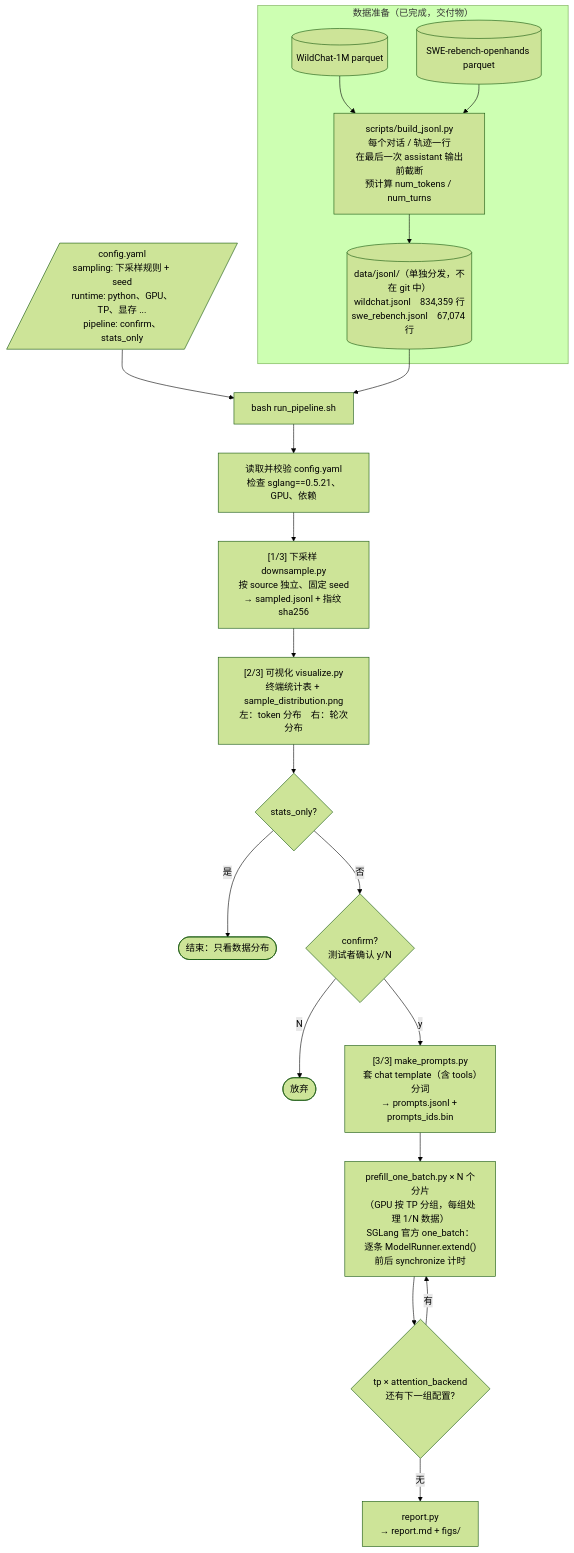
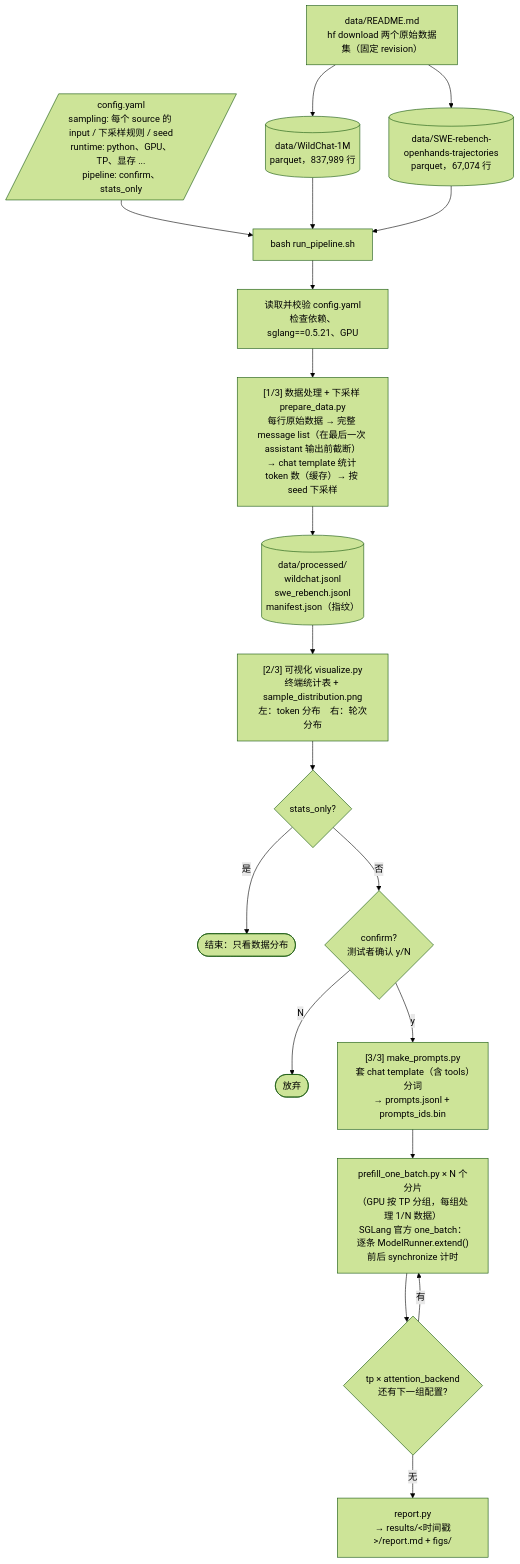
One commit to RebeccaZhang22/PrefillBench changed the diagram in README.md. Above: the diagram before and after it, drawn with Mermaid (forest theme). The commit also changed other lines of this file and 12 other files, not shown here.

First line of the commit message:
Build the benchmark set from raw data instead of shipped jsonl

````diff
--- a/README.md
+++ b/README.md
@@ -24,24 +26,23 @@
 ```mermaid
 flowchart TD
-    subgraph PREP["数据准备（已完成，交付物）"]
-        A1[("WildChat-1M parquet")] --> B["scripts/build_jsonl.py<br/>每个对话 / 轨迹一行<br/>在最后一次 assistant 输出前截断<br/>预计算 num_tokens / num_turns"]
-        A2[("SWE-rebench-openhands parquet")] --> B
-        B --> C[("data/jsonl/（单独分发，不在 git 中）<br/>wildchat.jsonl　834,359 行<br/>swe_rebench.jsonl　67,074 行")]
-    end
+    D0["data/README.md<br/>hf download 两个原始数据集（固定 revision）"] --> A1[("data/WildChat-1M<br/>parquet，837,989 行")]
+    D0 --> A2[("data/SWE-rebench-openhands-trajectories<br/>parquet，67,074 行")]
 
-    Y[/"config.yaml<br/>sampling: 下采样规则 + seed<br/>runtime: python、GPU、TP、显存 ...<br/>pipeline: confirm、stats_only"/] --> R
-    C --> R["bash run_pipeline.sh"]
+    Y[/"config.yaml<br/>sampling: 每个 source 的 input / 下采样规则 / seed<br/>runtime: python、GPU、TP、显存 ...<br/>pipeline: confirm、stats_only"/] --> R
+    A1 --> R["bash run_pipeline.sh"]
+    A2 --> R
 
-    R --> S0["读取并校验 config.yaml<br/>检查 sglang==0.5.21、GPU、依赖"]
-    S0 --> S1["[1/3] 下采样 downsample.py<br/>按 source 独立、固定 seed<br/>→ sampled.jsonl + 指纹 sha256"]
-    S1 --> S2["[2/3] 可视化 visualize.py<br/>终端统计表 + sample_distribution.png<br/>左：token 分布　右：轮次分布"]
+    R --> S0["读取并校验 config.yaml<br/>检查依赖、sglang==0.5.21、GPU"]
+    S0 --> S1["[1/3] 数据处理 + 下采样 prepare_data.py<br/>每行原始数据 → 完整 message list（在最后一次 assistant 输出前截断）<br/>→ chat template 统计 token 数（缓存）→ 按 seed 下采样"]
+    S1 --> O[("data/processed/<br/>wildchat.jsonl<br/>swe_rebench.jsonl<br/>manifest.json（指纹）")]
+    O --> S2["[2/3] 可视化 visualize.py<br/>终端统计表 + sample_distribution.png<br/>左：token 分布　右：轮次分布"]
     S2 --> Q{"stats_only?"}
     Q -- 是 --> END1(["结束：只看数据分布"])
     Q -- 否 --> K{"confirm?<br/>测试者确认 y/N"}
     K -- N --> END2(["放弃"])
     K -- y --> S3a["[3/3] make_prompts.py<br/>套 chat template（含 tools）分词<br/>→ prompts.jsonl + prompts_ids.bin"]
     S3a --> S3b["prefill_one_batch.py × N 个分片<br/>（GPU 按 TP 分组，每组处理 1/N 数据）<br/>SGLang 官方 one_batch：逐条 ModelRunner.extend()<br/>前后 synchronize 计时"]
     S3b --> L{"tp × attention_backend<br/>还有下一组配置?"}
     L -- 有 --> S3b
-    L -- 无 --> S4["report.py<br/>→ report.md + figs/"]
+    L -- 无 --> S4["report.py<br/>→ results/&lt;时间戳&gt;/report.md + figs/"]
 ```
````
